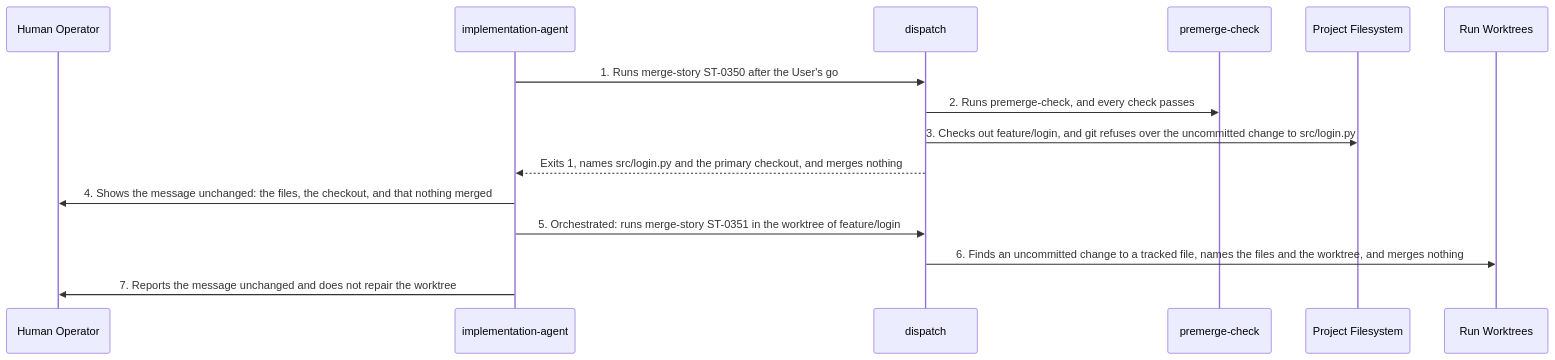
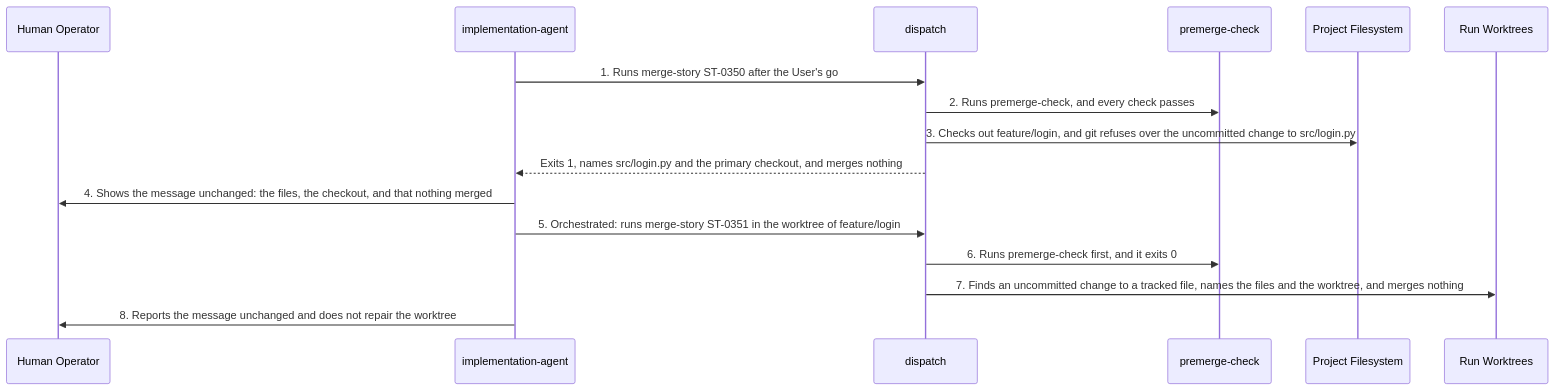
One commit to matthiasdaues/agent_factory changed diagram 35 of 36 in docs/arc42/06_runtime_view.md. Above: the diagram before and after it, drawn with Mermaid. The commit also changed other lines of this file and 49 other files, not shown here.

First line of the commit message:
refactor: address the reviewer's notes on the run lifecycle architecture (ATAM-0025)

````diff
--- a/docs/arc42/06_runtime_view.md
+++ b/docs/arc42/06_runtime_view.md
@@ -1467,18 +1465,19 @@
 ```mermaid
 sequenceDiagram
     participant U as Human Operator
     participant IA as implementation-agent
     participant D as dispatch
     participant PC as premerge-check
     participant PF as Project Filesystem
     participant RW as Run Worktrees
 
     IA->>D: 1. Runs merge-story ST-0350 after the User's go
     D->>PC: 2. Runs premerge-check, and every check passes
     D->>PF: 3. Checks out feature/login, and git refuses over the uncommitted change to src/login.py
     D-->>IA: Exits 1, names src/login.py and the primary checkout, and merges nothing
     IA->>U: 4. Shows the message unchanged: the files, the checkout, and that nothing merged
     IA->>D: 5. Orchestrated: runs merge-story ST-0351 in the worktree of feature/login
-    D->>RW: 6. Finds an uncommitted change to a tracked file, names the files and the worktree, and merges nothing
-    IA->>U: 7. Reports the message unchanged and does not repair the worktree
+    D->>PC: 6. Runs premerge-check first, and it exits 0
+    D->>RW: 7. Finds an uncommitted change to a tracked file, names the files and the worktree, and merges nothing
+    IA->>U: 8. Reports the message unchanged and does not repair the worktree
 ```
````
